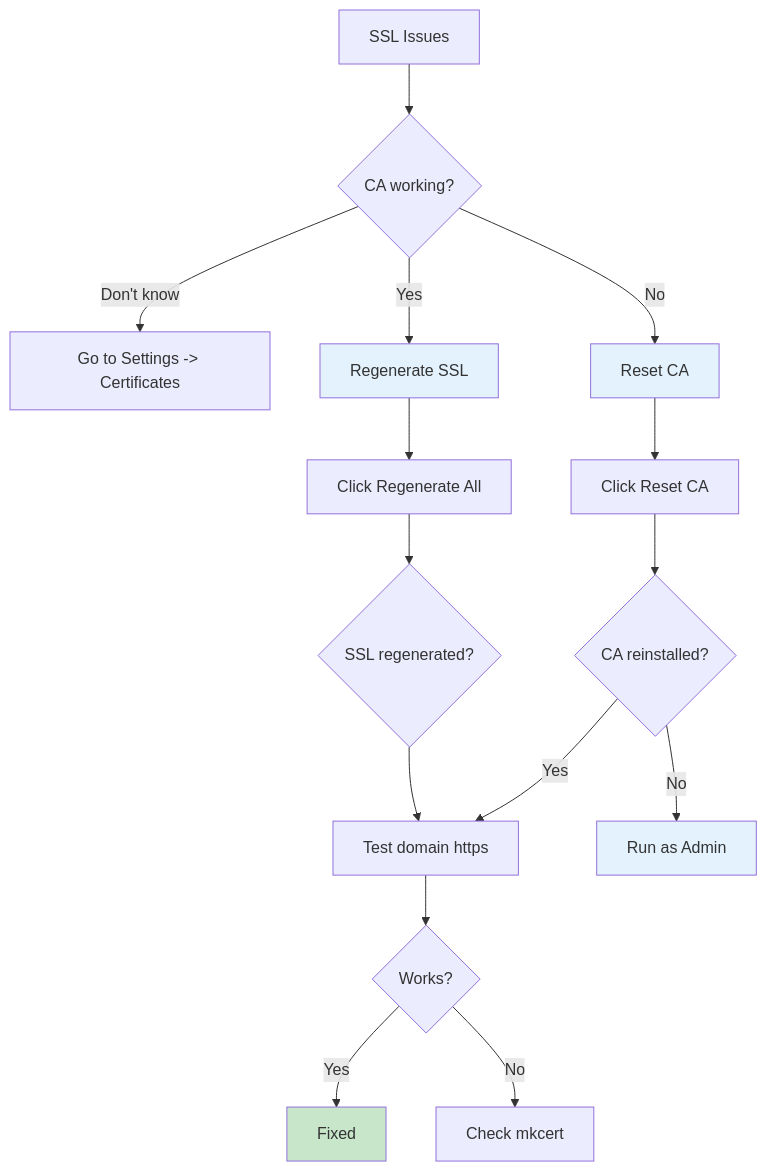
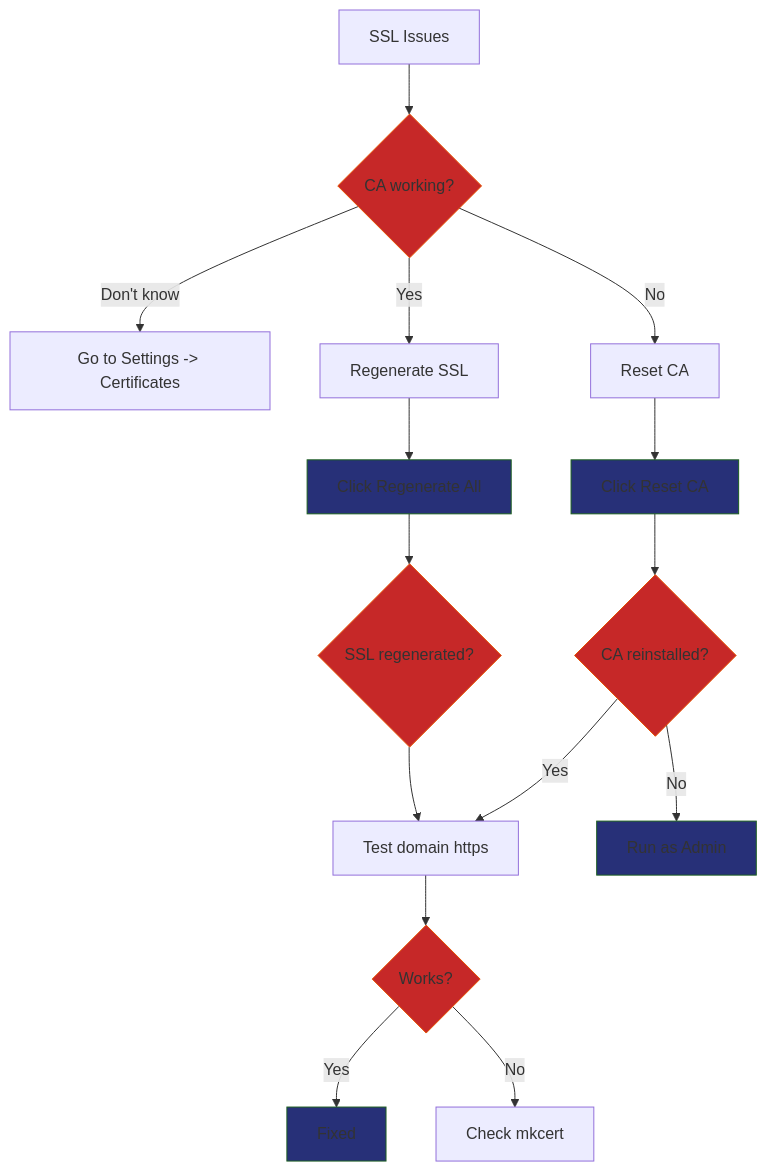
The fifth of 6 diagrams in troubleshooting.md (Amp-Manager/docs), drawn with Mermaid before and after one commit. The commit also changed other lines of this file and 7 other files, not shown here.

````diff
--- a/troubleshooting.md
+++ b/troubleshooting.md
@@ -128,27 +143,31 @@
 ```mermaid
 flowchart TD
     A[SSL Issues] --> B{CA working?}
     
     B -->|Don't know| C[Go to Settings -> Certificates]
     B -->|No| D[Reset CA]
     B -->|Yes| E[Regenerate SSL]
     
     D --> F[Click Reset CA]
     E --> G[Click Regenerate All]
     
     F --> H{CA reinstalled?}
     G --> I{SSL regenerated?}
     
     H -->|Yes| J[Test domain https]
     H -->|No| K[Run as Admin]
     I --> J
     
     J --> L{Works?}
     L -->|Yes| M[Fixed]
     L -->|No| N[Check mkcert]
     
-    style D fill:#e3f2fd
-    style E fill:#e3f2fd
-    style K fill:#e3f2fd
-    style M fill:#c8e6c9
+    style B fill:#c62828,stroke:#e65100
+    style F fill:#273078,stroke:#1b5e20
+    style G fill:#273078,stroke:#1b5e20
+    style H fill:#c62828,stroke:#e65100
+    style I fill:#c62828,stroke:#e65100
+    style K fill:#273078,stroke:#1b5e20
+    style L fill:#c62828,stroke:#e65100
+    style M fill:#273078,stroke:#1b5e20
 ```
````
